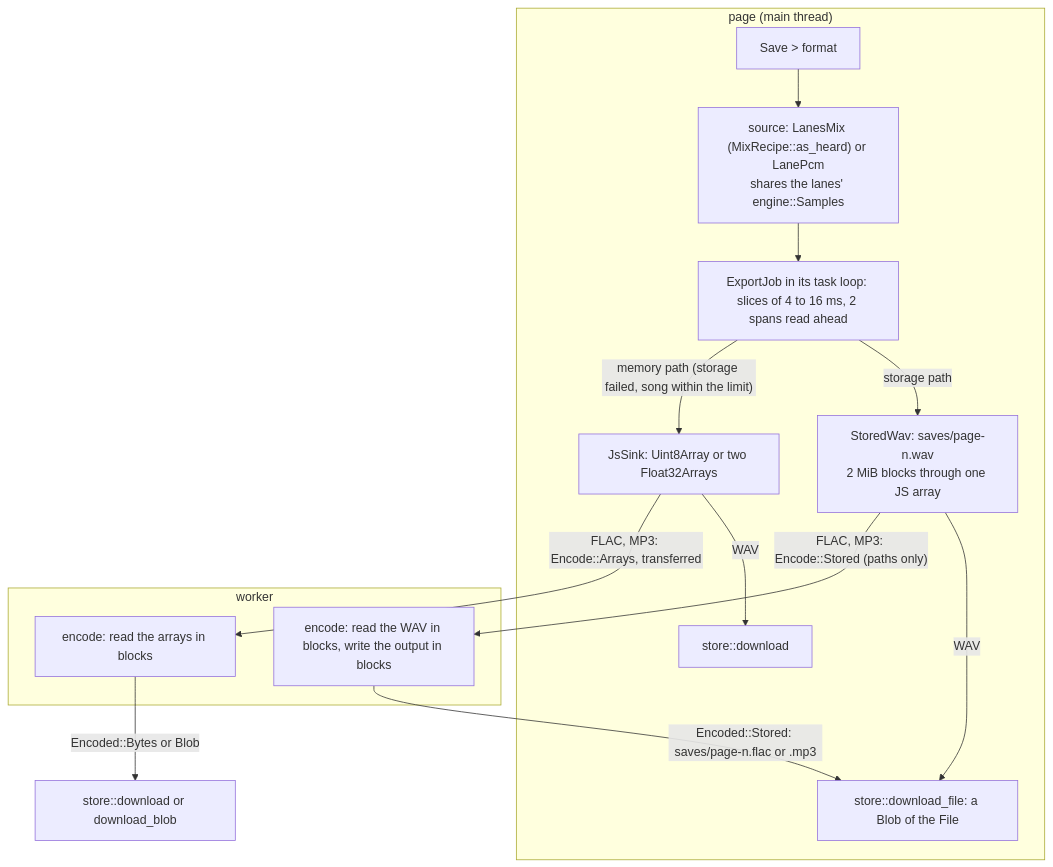
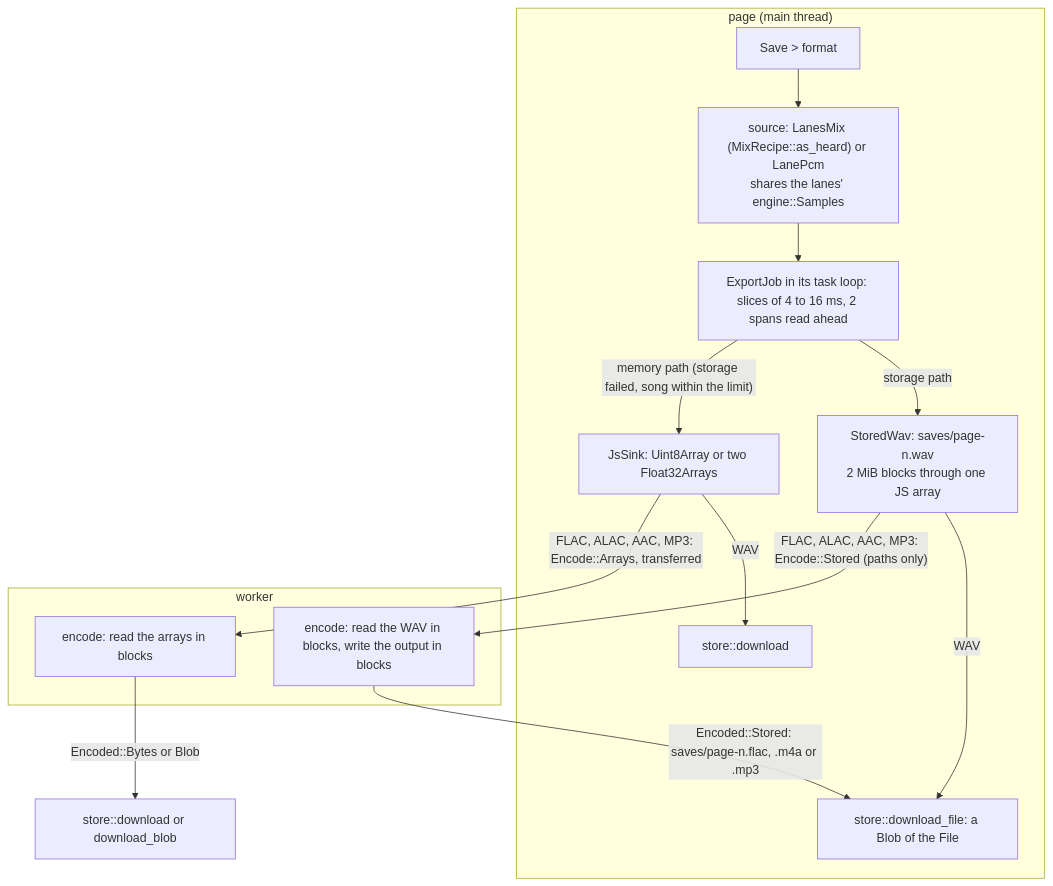
Before and after one commit to lloydmeta/stemyla: the fifth of 5 diagrams in docs/ARCHITECTURE.md, drawn with Mermaid. The commit also changed other lines of this file and 86 other files, not shown here.

````diff
--- a/docs/ARCHITECTURE.md
+++ b/docs/ARCHITECTURE.md
@@ -242,19 +244,19 @@
 ```mermaid
 flowchart TD
   subgraph page["page (main thread)"]
     CLICK["Save > format"] --> SRC["source: LanesMix (MixRecipe::as_heard) or LanePcm<br/>shares the lanes' engine::Samples"]
     SRC --> JOB["ExportJob in its task loop: slices of 4 to 16 ms, 2 spans read ahead"]
     JOB -->|"storage path"| WAV["StoredWav: saves/page-n.wav<br/>2 MiB blocks through one JS array"]
     WAV -->|WAV| OFFER["store::download_file: a Blob of the File"]
     JOB -->|"memory path (storage failed, song within the limit)"| JS["JsSink: Uint8Array or two Float32Arrays"]
     JS -->|WAV| DL["store::download"]
   end
   subgraph worker["worker"]
     ENC["encode: read the WAV in blocks, write the output in blocks"]
     ENCM["encode: read the arrays in blocks"]
   end
-  WAV -->|"FLAC, MP3: Encode::Stored (paths only)"| ENC
-  ENC -->|"Encoded::Stored: saves/page-n.flac or .mp3"| OFFER
-  JS -->|"FLAC, MP3: Encode::Arrays, transferred"| ENCM
+  WAV -->|"FLAC, ALAC, AAC, MP3: Encode::Stored (paths only)"| ENC
+  ENC -->|"Encoded::Stored: saves/page-n.flac, .m4a or .mp3"| OFFER
+  JS -->|"FLAC, ALAC, AAC, MP3: Encode::Arrays, transferred"| ENCM
   ENCM -->|"Encoded::Bytes or Blob"| DL2["store::download or download_blob"]
 ```
````
